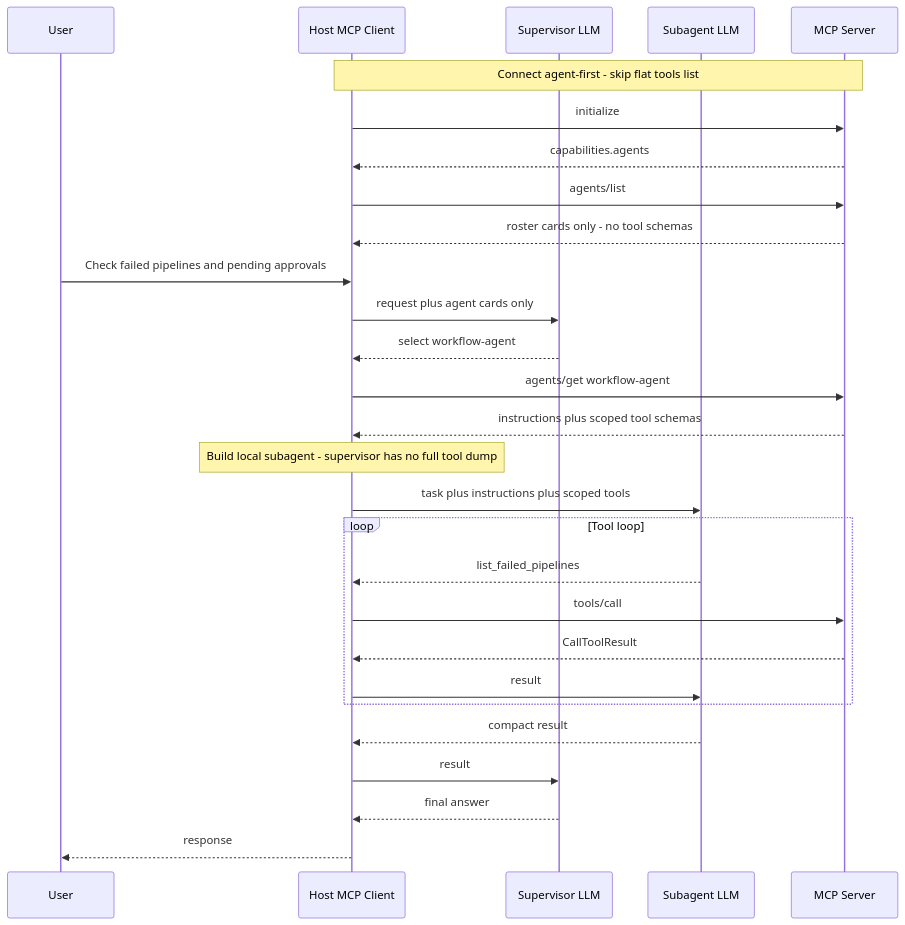
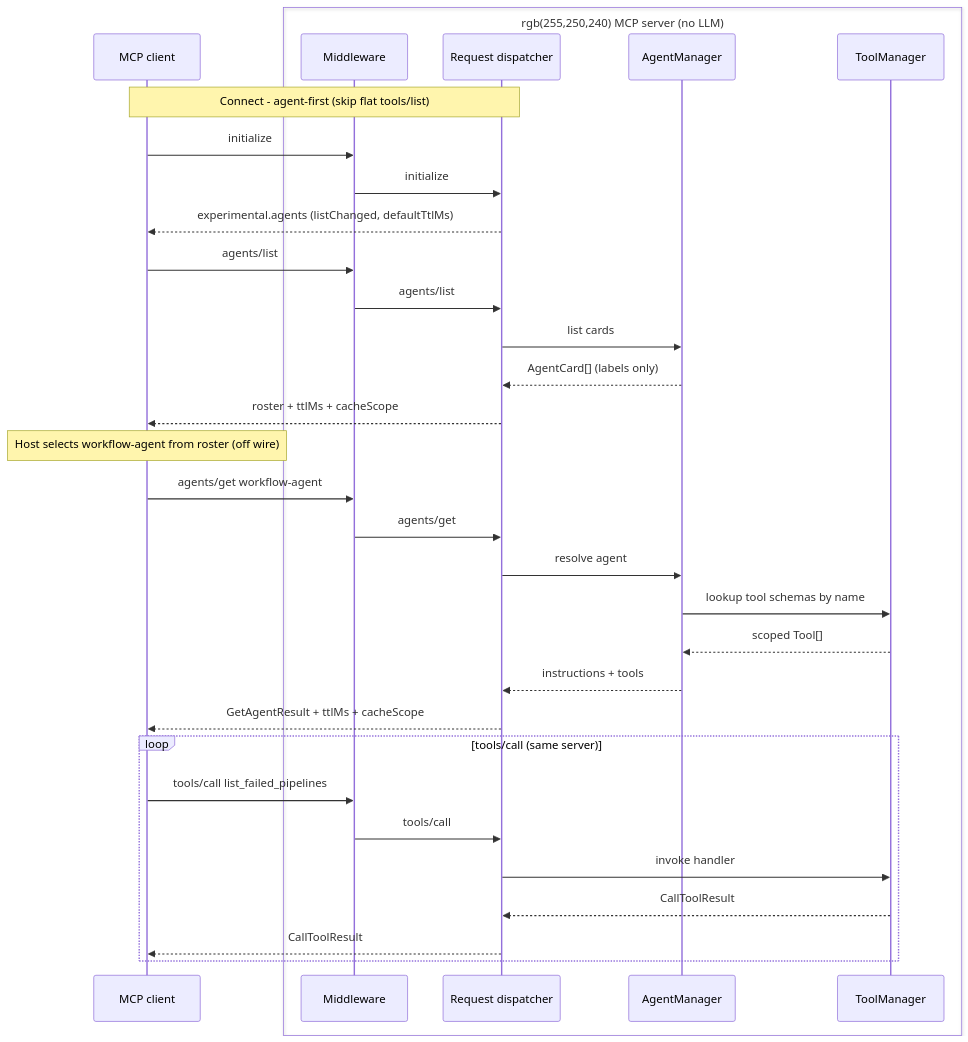
One commit to modelcontextprotocol/agents-wg changed the third of 4 diagrams in docs/research/deep_agent_mcp_analysis.md. Above: the diagram before and after it, drawn with Mermaid. The commit also changed other lines of this file, not shown here.

First line of the commit message:
Clarify MCP agent capabilities, progressive disclosure, and TTLs.

````diff
--- a/docs/research/deep_agent_mcp_analysis.md
+++ b/docs/research/deep_agent_mcp_analysis.md
@@ -378,37 +414,39 @@
 ```mermaid
 sequenceDiagram
-    participant User
-    participant Host as Host MCP Client
-    participant Sup as Supervisor LLM
-    participant Sub as Subagent LLM
-    participant Server as MCP Server
+    participant Client as MCP client
 
-    Note over Host,Server: Connect agent-first - skip flat tools list
-    Host->>Server: initialize
-    Server-->>Host: capabilities.agents
-
-    Host->>Server: agents/list
-    Server-->>Host: roster cards only - no tool schemas
-
-    User->>Host: Check failed pipelines and pending approvals
-    Host->>Sup: request plus agent cards only
-    Sup-->>Host: select workflow-agent
-
-    Host->>Server: agents/get workflow-agent
-    Server-->>Host: instructions plus scoped tool schemas
-
-    Note over Host: Build local subagent - supervisor has no full tool dump
-
-    Host->>Sub: task plus instructions plus scoped tools
-    loop Tool loop
-        Sub-->>Host: list_failed_pipelines
-        Host->>Server: tools/call
-        Server-->>Host: CallToolResult
-        Host->>Sub: result
+    box rgb(255,250,240) MCP server (no LLM)
+        participant MW as Middleware
+        participant Disp as Request dispatcher
+        participant AM as AgentManager
+        participant TM as ToolManager
     end
 
-    Sub-->>Host: compact result
-    Host->>Sup: result
-    Sup-->>Host: final answer
-    Host-->>User: response
+    Note over Client,Disp: Connect - agent-first (skip flat tools/list)
+    Client->>MW: initialize
+    MW->>Disp: initialize
+    Disp-->>Client: experimental.agents (listChanged, defaultTtlMs)
+
+    Client->>MW: agents/list
+    MW->>Disp: agents/list
+    Disp->>AM: list cards
+    AM-->>Disp: AgentCard[] (labels only)
+    Disp-->>Client: roster + ttlMs + cacheScope
+
+    Note over Client: Host selects workflow-agent from roster (off wire)
+    Client->>MW: agents/get workflow-agent
+    MW->>Disp: agents/get
+    Disp->>AM: resolve agent
+    AM->>TM: lookup tool schemas by name
+    TM-->>AM: scoped Tool[]
+    AM-->>Disp: instructions + tools
+    Disp-->>Client: GetAgentResult + ttlMs + cacheScope
+
+    loop tools/call (same server)
+        Client->>MW: tools/call list_failed_pipelines
+        MW->>Disp: tools/call
+        Disp->>TM: invoke handler
+        TM-->>Disp: CallToolResult
+        Disp-->>Client: CallToolResult
+    end
 ```
````
